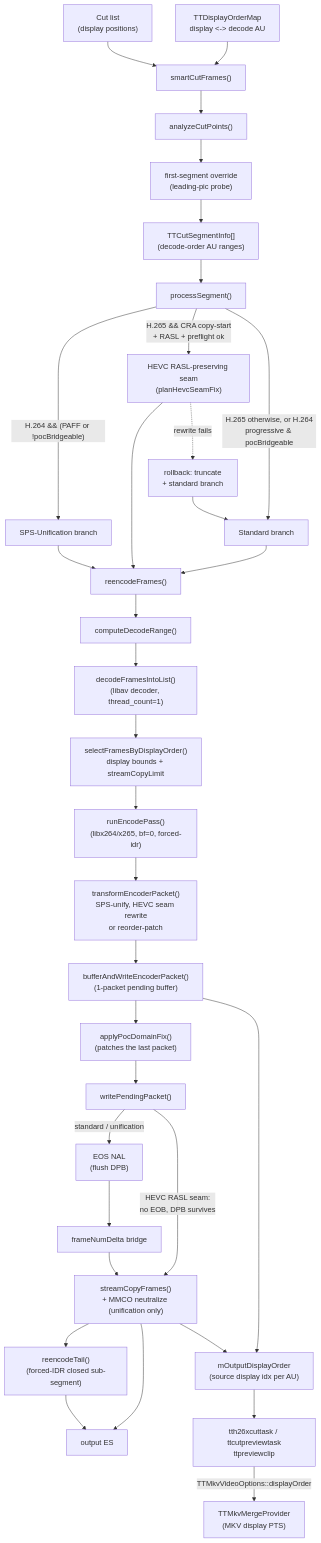
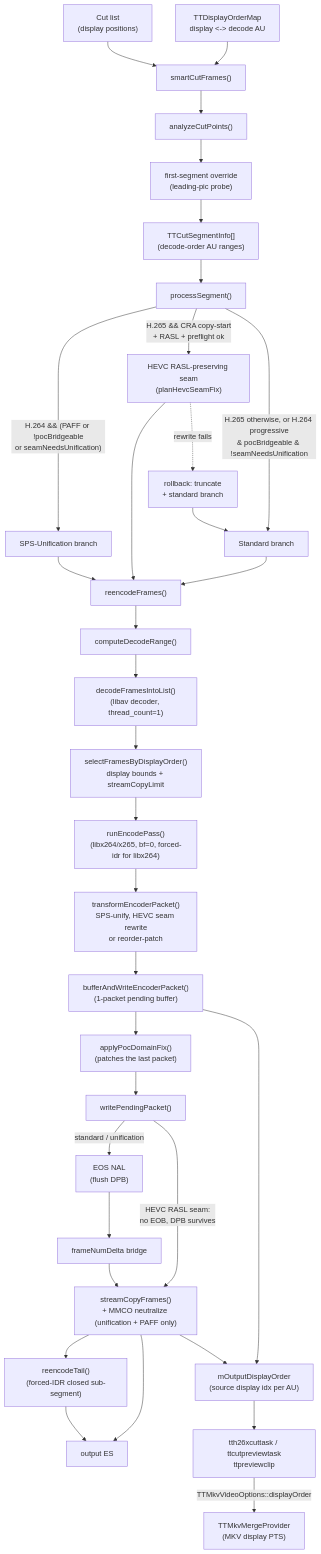
Before and after one commit to MINIXJR/TTCut-ng: the diagram in docs/code-map/smart-cut.md, drawn with Mermaid. The commit also changed other lines of this file and 9 other files, not shown here.

````diff
--- a/docs/code-map/smart-cut.md
+++ b/docs/code-map/smart-cut.md
@@ -89,41 +92,41 @@
 ```mermaid
 flowchart TD
     UI["Cut list<br/>(display positions)"] --> SCF["smartCutFrames()"]
     DOM["TTDisplayOrderMap<br/>display &lt;-&gt; decode AU"] --> SCF
     SCF --> ACP["analyzeCutPoints()"]
     ACP --> OVR["first-segment override<br/>(leading-pic probe)"]
     OVR --> SEG["TTCutSegmentInfo[]<br/>(decode-order AU ranges)"]
     SEG --> PS["processSegment()"]
 
-    PS -->|"H.264 &amp;&amp; (PAFF or !pocBridgeable)"| UNI["SPS-Unification branch"]
+    PS -->|"H.264 &amp;&amp; (PAFF or !pocBridgeable<br/>or seamNeedsUnification)"| UNI["SPS-Unification branch"]
     PS -->|"H.265 &amp;&amp; CRA copy-start<br/>+ RASL + preflight ok"| HSF["HEVC RASL-preserving seam<br/>(planHevcSeamFix)"]
-    PS -->|"H.265 otherwise, or H.264<br/>progressive &amp; pocBridgeable"| STD["Standard branch"]
+    PS -->|"H.265 otherwise, or H.264 progressive<br/>&amp; pocBridgeable &amp; !seamNeedsUnification"| STD["Standard branch"]
 
     UNI --> RE["reencodeFrames()"]
     STD --> RE
     HSF --> RE
     HSF -.->|"rewrite fails"| RB["rollback: truncate<br/>+ standard branch"]
     RB --> STD
 
     RE --> CDR["computeDecodeRange()"]
     CDR --> DEC["decodeFramesIntoList()<br/>(libav decoder, thread_count=1)"]
     DEC --> SEL["selectFramesByDisplayOrder()<br/>display bounds + streamCopyLimit"]
-    SEL --> ENC["runEncodePass()<br/>(libx264/x265, bf=0, forced-idr)"]
+    SEL --> ENC["runEncodePass()<br/>(libx264/x265, bf=0, forced-idr for libx264)"]
     ENC --> TEP["transformEncoderPacket()<br/>SPS-unify, HEVC seam rewrite<br/>or reorder-patch"]
     TEP --> BUF["bufferAndWriteEncoderPacket()<br/>(1-packet pending buffer)"]
     BUF --> PDF["applyPocDomainFix()<br/>(patches the last packet)"]
     PDF --> WPP["writePendingPacket()"]
 
     WPP -->|"standard / unification"| EOS["EOS NAL<br/>(flush DPB)"]
     WPP -->|"HEVC RASL seam:<br/>no EOB, DPB survives"| SC
     EOS --> FND["frameNumDelta bridge"]
-    FND --> SC["streamCopyFrames()<br/>+ MMCO neutralize (unification only)"]
+    FND --> SC["streamCopyFrames()<br/>+ MMCO neutralize (unification + PAFF only)"]
     SC --> TAIL["reencodeTail()<br/>(forced-IDR closed sub-segment)"]
 
     SC --> OUT["output ES"]
     TAIL --> OUT
     BUF --> ODO["mOutputDisplayOrder<br/>(source display idx per AU)"]
     SC --> ODO
     ODO --> CONS["tth26xcuttask / ttcutpreviewtask<br/>ttpreviewclip"]
     CONS -->|"TTMkvVideoOptions::displayOrder"| MKV["TTMkvMergeProvider<br/>(MKV display PTS)"]
 ```
````
